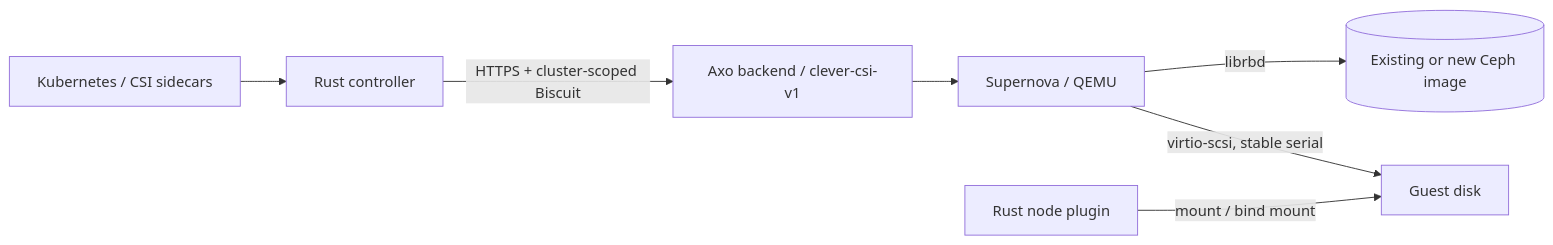
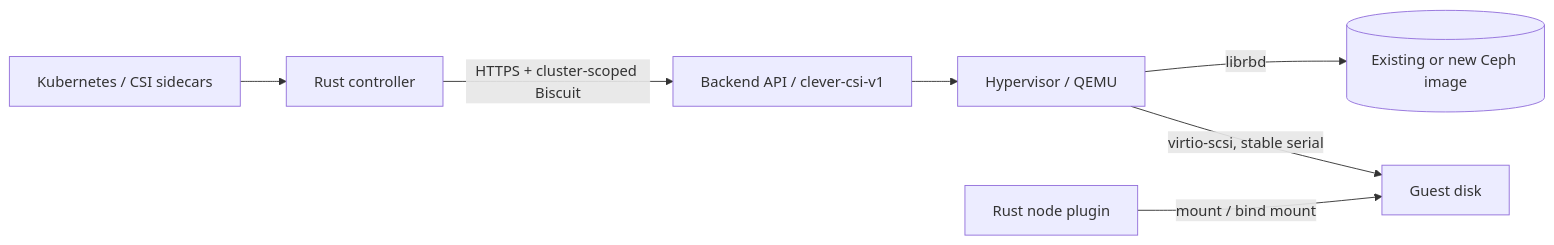
One commit to CleverCloud/clever-cloud-csi-driver changed the diagram in README.md. Above: the diagram before and after it, drawn with Mermaid. The commit also changed other lines of this file and 34 other files, not shown here.

First line of the commit message:
Replace internal tool names with generic backend and hypervisor terms

````diff
--- a/README.md
+++ b/README.md
@@ -19,9 +19,9 @@
 ```mermaid
 flowchart LR
   K[Kubernetes / CSI sidecars] --> C[Rust controller]
-  C -->|HTTPS + cluster-scoped Biscuit| A[Axo backend / clever-csi-v1]
-  A --> S[Supernova / QEMU]
+  C -->|HTTPS + cluster-scoped Biscuit| A[Backend API / clever-csi-v1]
+  A --> S[Hypervisor / QEMU]
   S -->|librbd| R[(Existing or new Ceph image)]
   S -->|virtio-scsi, stable serial| D[Guest disk]
   N[Rust node plugin] -->|mount / bind mount| D
 ```
````
